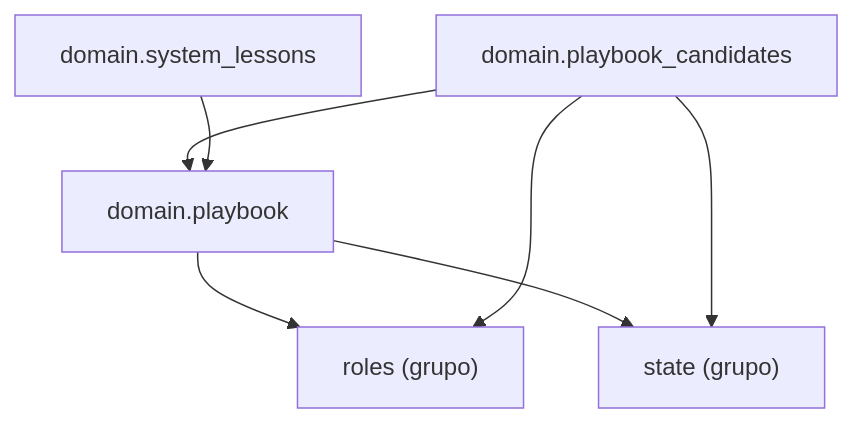
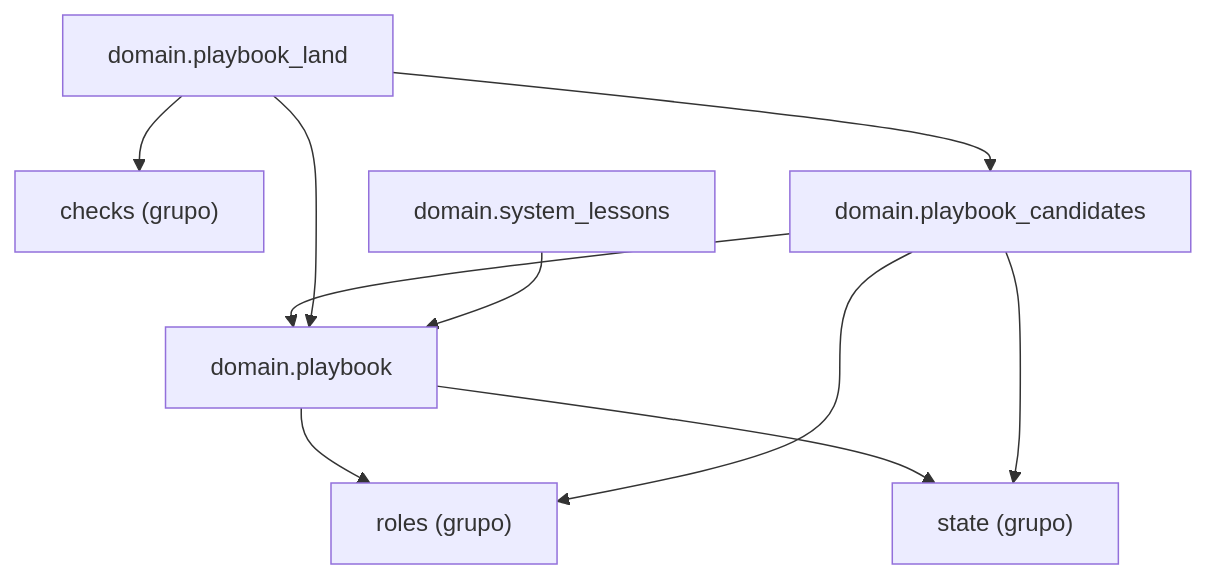
The diagram in docs/architecture/generated/packages-process-domain-playbook.md (GonzaloZevallos/agentic-system), drawn with Mermaid before and after one commit. The commit also changed 28 other files, not shown here.

First line of the commit message:
Add the pure playbook landing verdict, LandAttempt and its on-disk record

````diff
--- a/docs/architecture/generated/packages-process-domain-playbook.md
+++ b/docs/architecture/generated/packages-process-domain-playbook.md
@@ -12,14 +12,19 @@
 ```mermaid
 graph TD
+    g_domain__checks["checks (grupo)"]
     g_domain__roles["roles (grupo)"]
     g_domain__state["state (grupo)"]
     m_domain__playbook["domain.playbook"]
     m_domain__playbook_candidates["domain.playbook_candidates"]
+    m_domain__playbook_land["domain.playbook_land"]
     m_domain__system_lessons["domain.system_lessons"]
     m_domain__playbook --> g_domain__roles
     m_domain__playbook --> g_domain__state
     m_domain__playbook_candidates --> g_domain__roles
     m_domain__playbook_candidates --> g_domain__state
     m_domain__playbook_candidates --> m_domain__playbook
+    m_domain__playbook_land --> g_domain__checks
+    m_domain__playbook_land --> m_domain__playbook
+    m_domain__playbook_land --> m_domain__playbook_candidates
     m_domain__system_lessons --> m_domain__playbook
 ```
````
